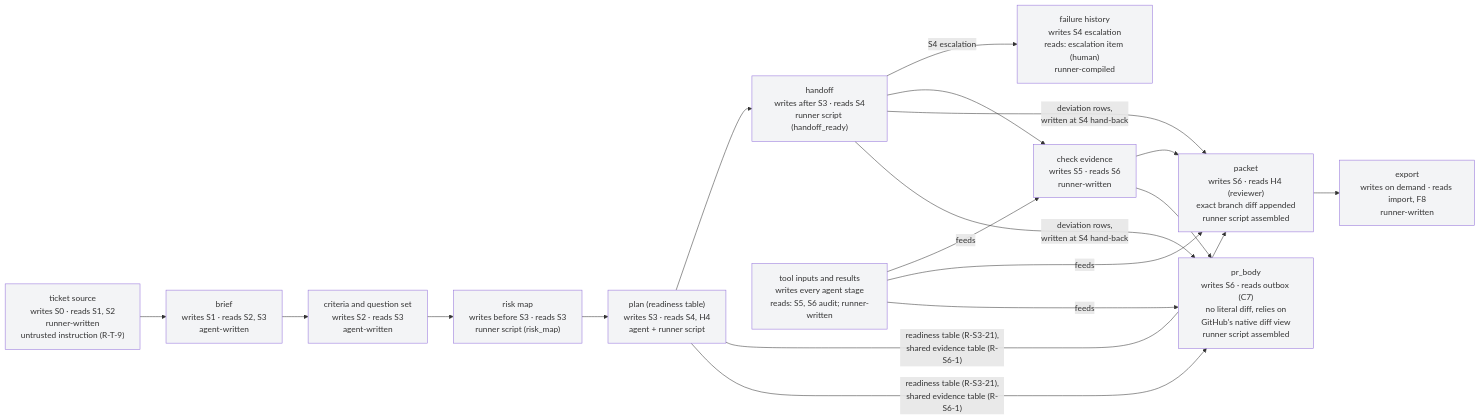
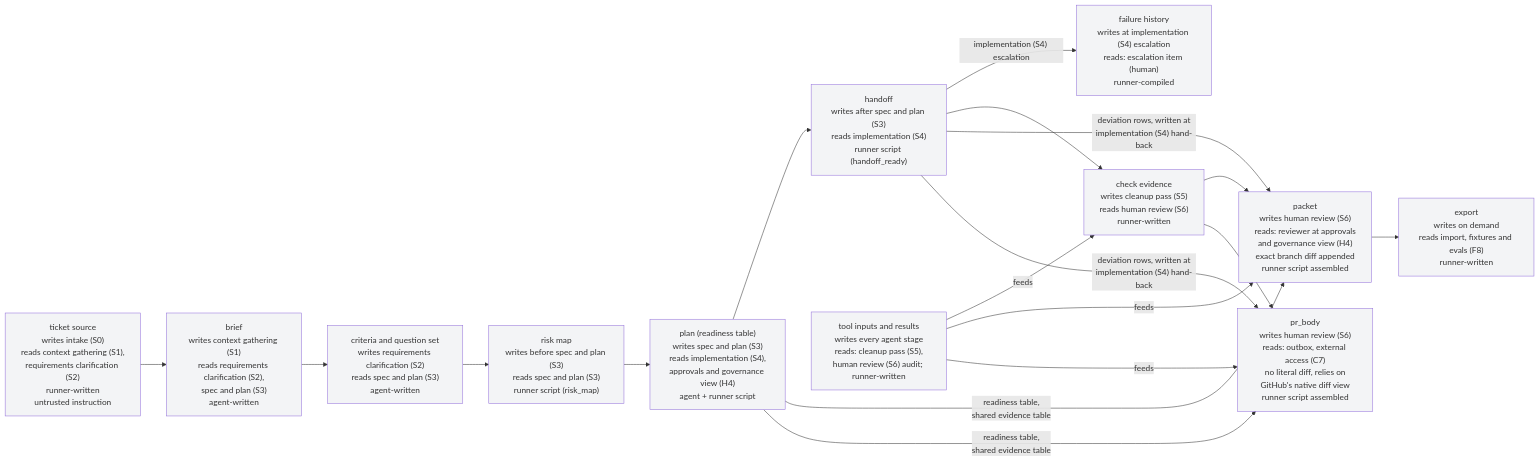
One commit to abhishekthakur7/software-factory changed the third of 3 diagrams in docs/design/hld/L2-record.md. Above: the diagram before and after it, drawn with Mermaid. The commit also changed other lines of this file and 9 other files, not shown here.

Commit message:
Name every code on the HLD pictures; add the short-name legend and fix the broken sequence diagram

````diff
--- a/docs/design/hld/L2-record.md
+++ b/docs/design/hld/L2-record.md
@@ -163,32 +165,32 @@
 ```mermaid
 flowchart LR
-  K1["ticket source<br/>writes S0 · reads S1, S2<br/>runner-written<br/>untrusted instruction (R-T-9)"]
-  K2["brief<br/>writes S1 · reads S2, S3<br/>agent-written"]
-  K3["criteria and question set<br/>writes S2 · reads S3<br/>agent-written"]
-  K4["risk map<br/>writes before S3 · reads S3<br/>runner script (risk_map)"]
-  K5["plan (readiness table)<br/>writes S3 · reads S4, H4<br/>agent + runner script"]
-  K6["handoff<br/>writes after S3 · reads S4<br/>runner script (handoff_ready)"]
-  K8["failure history<br/>writes S4 escalation<br/>reads: escalation item (human)<br/>runner-compiled"]
-  K9["tool inputs and results<br/>writes every agent stage<br/>reads: S5, S6 audit; runner-written"]
-  K10["check evidence<br/>writes S5 · reads S6<br/>runner-written"]
-  K11["packet<br/>writes S6 · reads H4 (reviewer)<br/>exact branch diff appended<br/>runner script assembled"]
-  K12["pr_body<br/>writes S6 · reads outbox (C7)<br/>no literal diff, relies on<br/>GitHub's native diff view<br/>runner script assembled"]
-  K13["export<br/>writes on demand · reads import, F8<br/>runner-written"]
+  K1["ticket source<br/>writes intake (S0)<br/>reads context gathering (S1),<br/>requirements clarification (S2)<br/>runner-written<br/>untrusted instruction"]
+  K2["brief<br/>writes context gathering (S1)<br/>reads requirements clarification (S2),<br/>spec and plan (S3)<br/>agent-written"]
+  K3["criteria and question set<br/>writes requirements clarification (S2)<br/>reads spec and plan (S3)<br/>agent-written"]
+  K4["risk map<br/>writes before spec and plan (S3)<br/>reads spec and plan (S3)<br/>runner script (risk_map)"]
+  K5["plan (readiness table)<br/>writes spec and plan (S3)<br/>reads implementation (S4),<br/>approvals and governance view (H4)<br/>agent + runner script"]
+  K6["handoff<br/>writes after spec and plan (S3)<br/>reads implementation (S4)<br/>runner script (handoff_ready)"]
+  K8["failure history<br/>writes at implementation (S4) escalation<br/>reads: escalation item (human)<br/>runner-compiled"]
+  K9["tool inputs and results<br/>writes every agent stage<br/>reads: cleanup pass (S5),<br/>human review (S6) audit; runner-written"]
+  K10["check evidence<br/>writes cleanup pass (S5)<br/>reads human review (S6)<br/>runner-written"]
+  K11["packet<br/>writes human review (S6)<br/>reads: reviewer at approvals<br/>and governance view (H4)<br/>exact branch diff appended<br/>runner script assembled"]
+  K12["pr_body<br/>writes human review (S6)<br/>reads: outbox, external access (C7)<br/>no literal diff, relies on<br/>GitHub's native diff view<br/>runner script assembled"]
+  K13["export<br/>writes on demand<br/>reads import, fixtures and evals (F8)<br/>runner-written"]
 
   K1 --> K2 --> K3 --> K4 --> K5 --> K6
-  K6 -->|"S4 escalation"| K8
+  K6 -->|"implementation (S4) escalation"| K8
   K6 --> K10
-  K6 -->|"deviation rows,<br/>written at S4 hand-back"| K11
-  K6 -->|"deviation rows,<br/>written at S4 hand-back"| K12
+  K6 -->|"deviation rows, written at<br/>implementation (S4) hand-back"| K11
+  K6 -->|"deviation rows, written at<br/>implementation (S4) hand-back"| K12
   K10 --> K11
   K10 --> K12
-  K5 -->|"readiness table (R-S3-21),<br/>shared evidence table (R-S6-1)"| K11
-  K5 -->|"readiness table (R-S3-21),<br/>shared evidence table (R-S6-1)"| K12
+  K5 -->|"readiness table,<br/>shared evidence table"| K11
+  K5 -->|"readiness table,<br/>shared evidence table"| K12
   K9 -->|"feeds"| K10
   K9 -->|"feeds"| K11
   K9 -->|"feeds"| K12
   K11 --> K13
 
   classDef store fill:#f3f4f6
   class K1,K2,K3,K4,K5,K6,K8,K9,K10,K11,K12,K13 store
 ```
````
